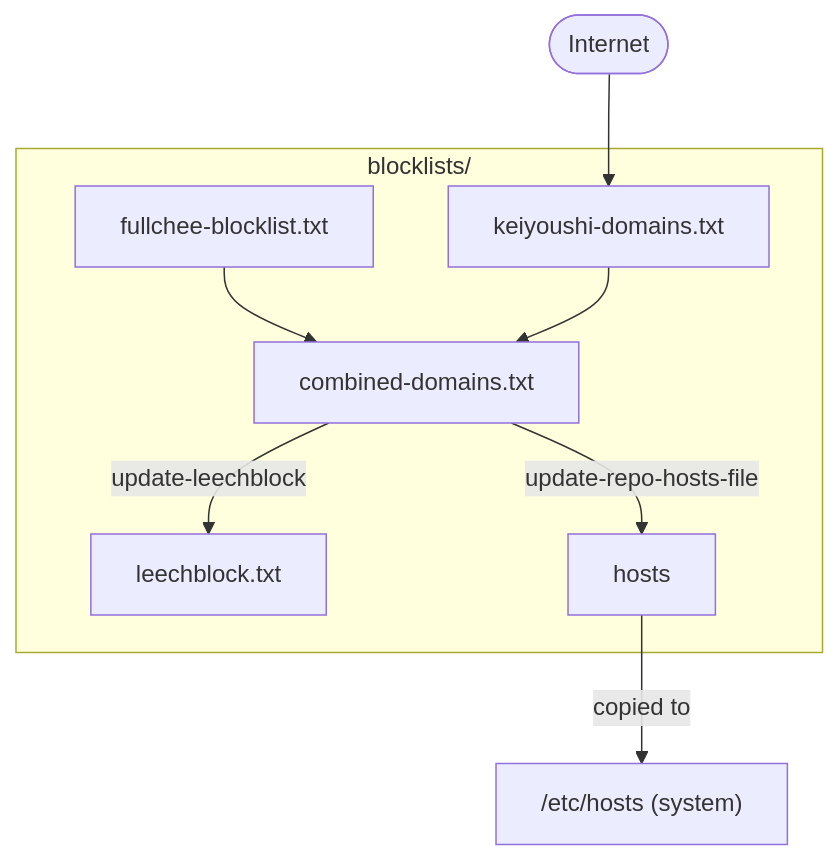
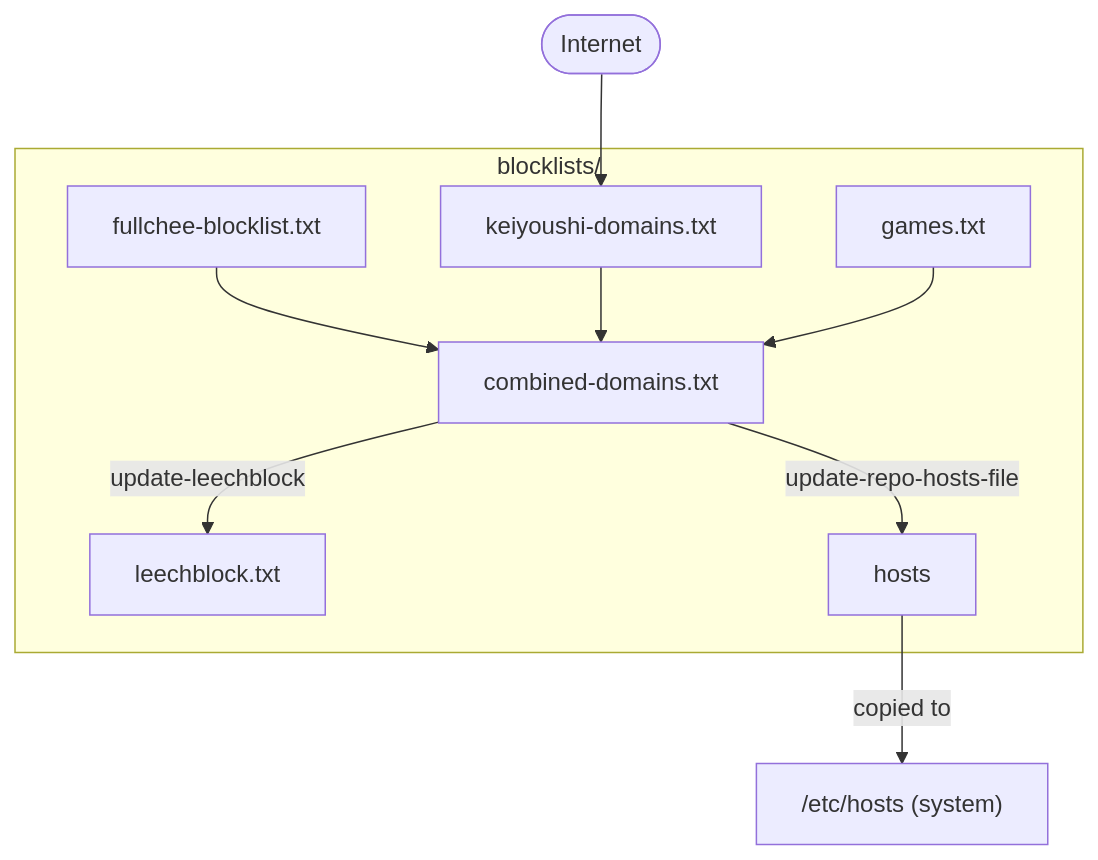
One commit to Fullchee/domain-blocklist changed the diagram in README.md. Above: the diagram before and after it, drawn with Mermaid. The commit also changed 4 other files, not shown here.

````diff
--- a/README.md
+++ b/README.md
@@ -22,19 +22,21 @@
 ```mermaid
 flowchart TD
   Internet([Internet])
 
   subgraph blocklists["blocklists/"]
     FB["fullchee-blocklist.txt"]
     KD["keiyoushi-domains.txt"]
+    GL["games.txt"]
     CD["combined-domains.txt"]
     LB["leechblock.txt"]
     HS["hosts"]
   end
 
   Internet --> KD
   FB --> CD
   KD --> CD
+  GL --> CD
   CD -->|update-leechblock| LB
   CD -->|update-repo-hosts-file| HS
   HS -->|copied to| ETC["/etc/hosts (system)"]
 ```
````
